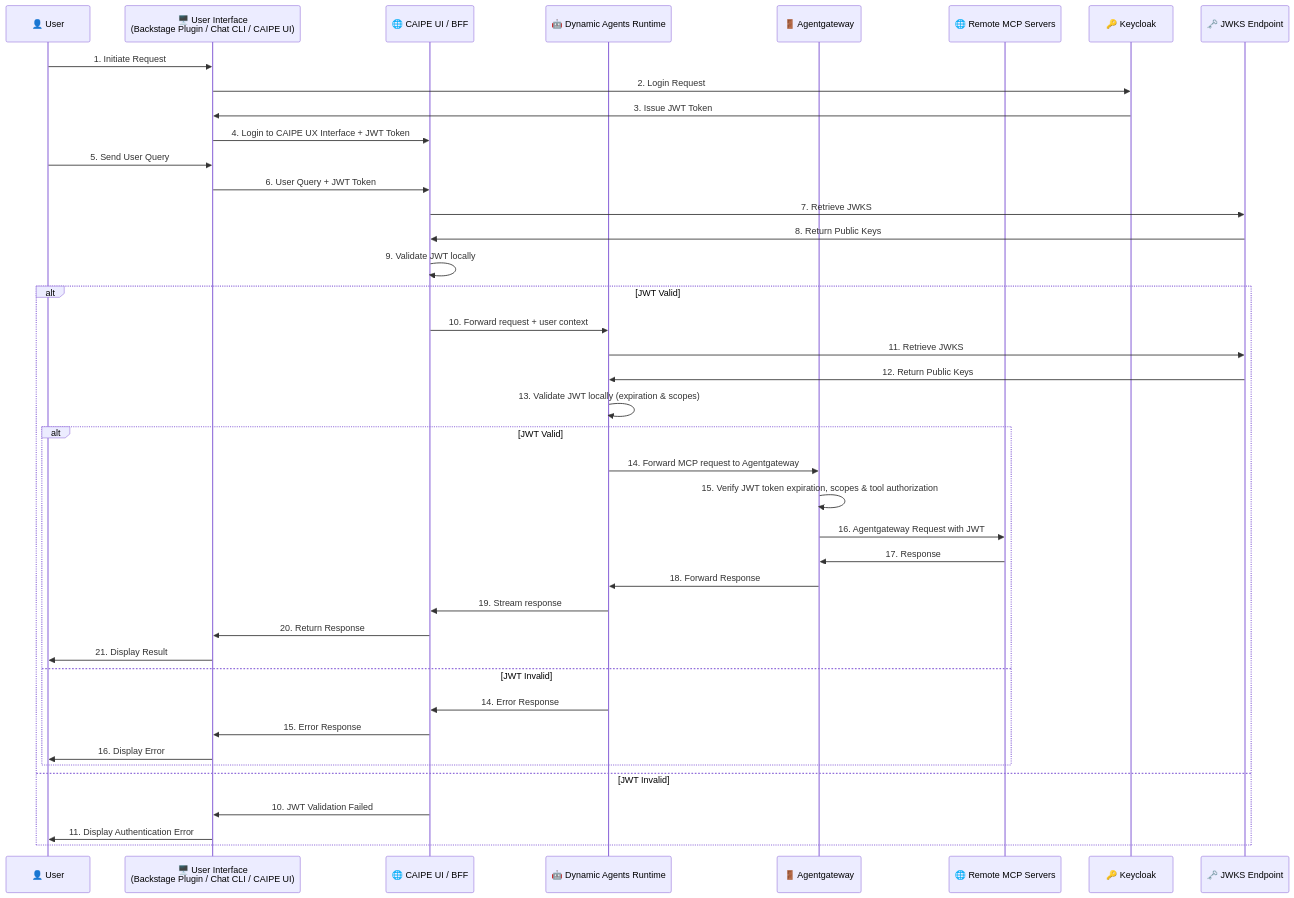
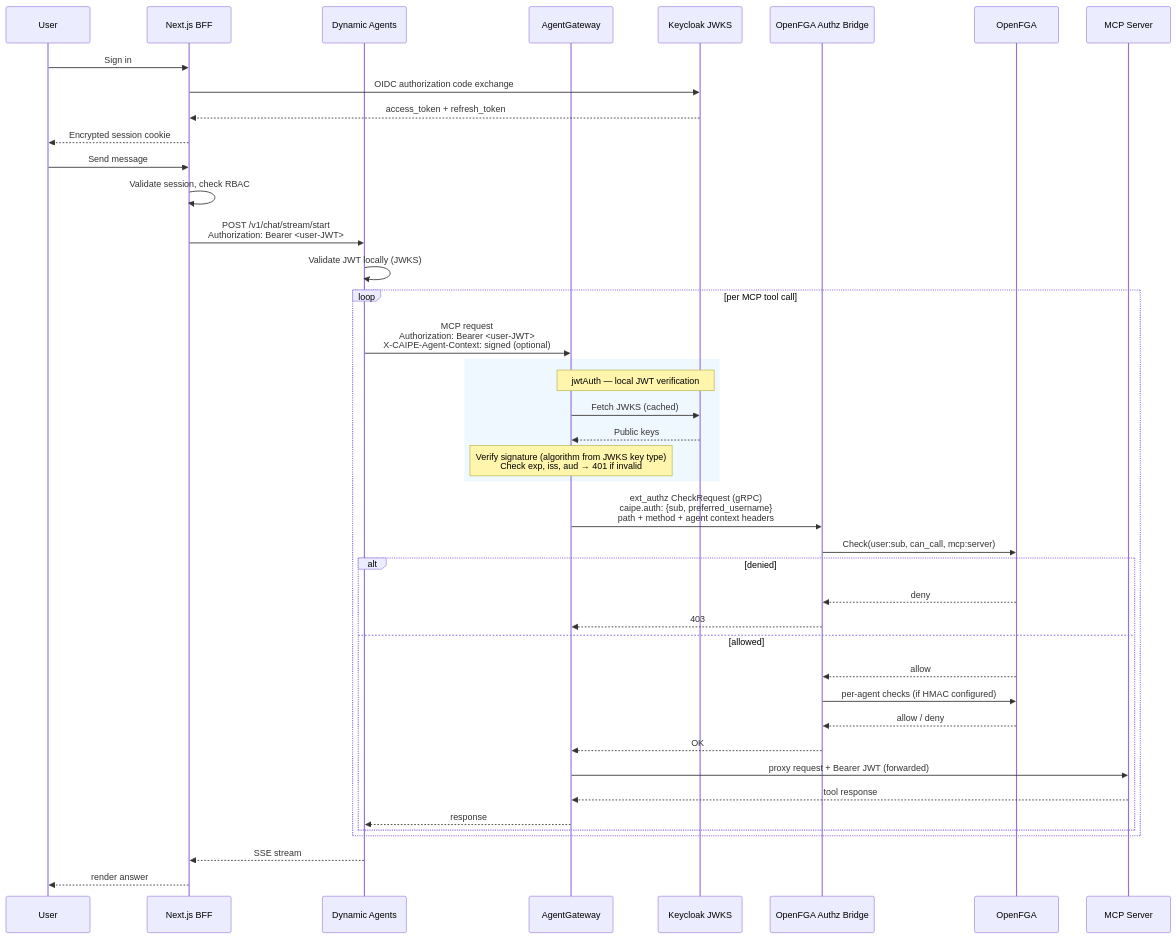
The second of 2 diagrams in docs/docs/architecture/gateway.md (cnoe-io/ai-platform-engineering), drawn with Mermaid before and after one commit. The commit also changed other lines of this file and 6 other files, not shown here.

First line of the commit message:
docs(security): auth flows index, gateway refresh, agent context HMAC (#2070)

````diff
--- a/docs/docs/architecture/gateway.md
+++ b/docs/docs/architecture/gateway.md
@@ -138,59 +87,51 @@
 ```mermaid
 sequenceDiagram
-    participant U as 👤 User
-    participant UI as 🖥️ User Interface<br/>(Backstage Plugin / Chat CLI / CAIPE UI)
-    participant BFF as 🌐 CAIPE UI / BFF
-    participant DA as 🤖 Dynamic Agents Runtime
-    participant MP as 🚪 Agentgateway
-    participant MCP as 🌐 Remote MCP Servers
-    participant K as 🔑 Keycloak
-    participant JWKS as 🗝️ JWKS Endpoint
+    participant U as User
+    participant BFF as Next.js BFF
+    participant DA as Dynamic Agents
+    participant AGW as AgentGateway
+    participant KC as Keycloak JWKS
+    participant Bridge as OpenFGA Authz Bridge
+    participant FGA as OpenFGA
+    participant MCP as MCP Server
 
-    %% User initiates request
-    U->>UI: 1. Initiate Request
+    U->>BFF: Sign in
+    BFF->>KC: OIDC authorization code exchange
+    KC-->>BFF: access_token + refresh_token
+    BFF-->>U: Encrypted session cookie
 
-    %% Authentication Phase
-    UI->>K: 2. Login Request
-    K->>UI: 3. Issue JWT Token
+    U->>BFF: Send message
+    BFF->>BFF: Validate session, check RBAC
+    BFF->>DA: POST /v1/chat/stream/start<br/>Authorization: Bearer <user-JWT>
+    DA->>DA: Validate JWT locally (JWKS)
 
-    %% Login to CAIPE UX Interface
-    UI->>BFF: 4. Login to CAIPE UX Interface + JWT Token
+    loop per MCP tool call
+        DA->>AGW: MCP request<br/>Authorization: Bearer <user-JWT><br/>X-CAIPE-Agent-Context: signed (optional)
 
-    %% User sends query
-    U->>UI: 5. Send User Query
+        rect rgb(240, 248, 255)
+            Note over AGW,KC: jwtAuth — local JWT verification
+            AGW->>KC: Fetch JWKS (cached)
+            KC-->>AGW: Public keys
+            Note over AGW: Verify signature (algorithm from JWKS key type)<br/>Check exp, iss, aud → 401 if invalid
+        end
 
-    %% CAIPE Runtime Flow
-    UI->>BFF: 6. User Query + JWT Token
-    BFF->>JWKS: 7. Retrieve JWKS
-    JWKS->>BFF: 8. Return Public Keys
-    BFF->>BFF: 9. Validate JWT locally
+        AGW->>Bridge: ext_authz CheckRequest (gRPC)<br/>caipe.auth: {sub, preferred_username}<br/>path + method + agent context headers
 
-    alt JWT Valid
-        BFF->>DA: 10. Forward request + user context
+        Bridge->>FGA: Check(user:sub, can_call, mcp:server)
+        alt denied
+            FGA-->>Bridge: deny
+            Bridge-->>AGW: 403
+        else allowed
+            FGA-->>Bridge: allow
+            Bridge->>FGA: per-agent checks (if HMAC configured)
+            FGA-->>Bridge: allow / deny
+            Bridge-->>AGW: OK
+            AGW->>MCP: proxy request + Bearer JWT (forwarded)
+            MCP-->>AGW: tool response
+            AGW-->>DA: response
+        end
+    end
 
-        %% Dynamic Agents Processing
-        DA->>JWKS: 11. Retrieve JWKS
-        JWKS->>DA: 12. Return Public Keys
-        DA->>DA: 13. Validate JWT locally (expiration & scopes)
-
-        alt JWT Valid
-            DA->>MP: 14. Forward MCP request to Agentgateway
-
-            %% Agentgateway Processing
-            MP->>MP: 15. Verify JWT token expiration, scopes & tool authorization
-            MP->>MCP: 16. Agentgateway Request with JWT
-            MCP->>MP: 17. Response
-            MP->>DA: 18. Forward Response
-            DA->>BFF: 19. Stream response
-            BFF->>UI: 20. Return Response
-            UI->>U: 21. Display Result
-        else JWT Invalid
-            DA->>BFF: 14. Error Response
-            BFF->>UI: 15. Error Response
-            UI->>U: 16. Display Error
-        end
-    else JWT Invalid
-        BFF->>UI: 10. JWT Validation Failed
-        UI->>U: 11. Display Authentication Error
-    end
+    DA-->>BFF: SSE stream
+    BFF-->>U: render answer
 ```
````
